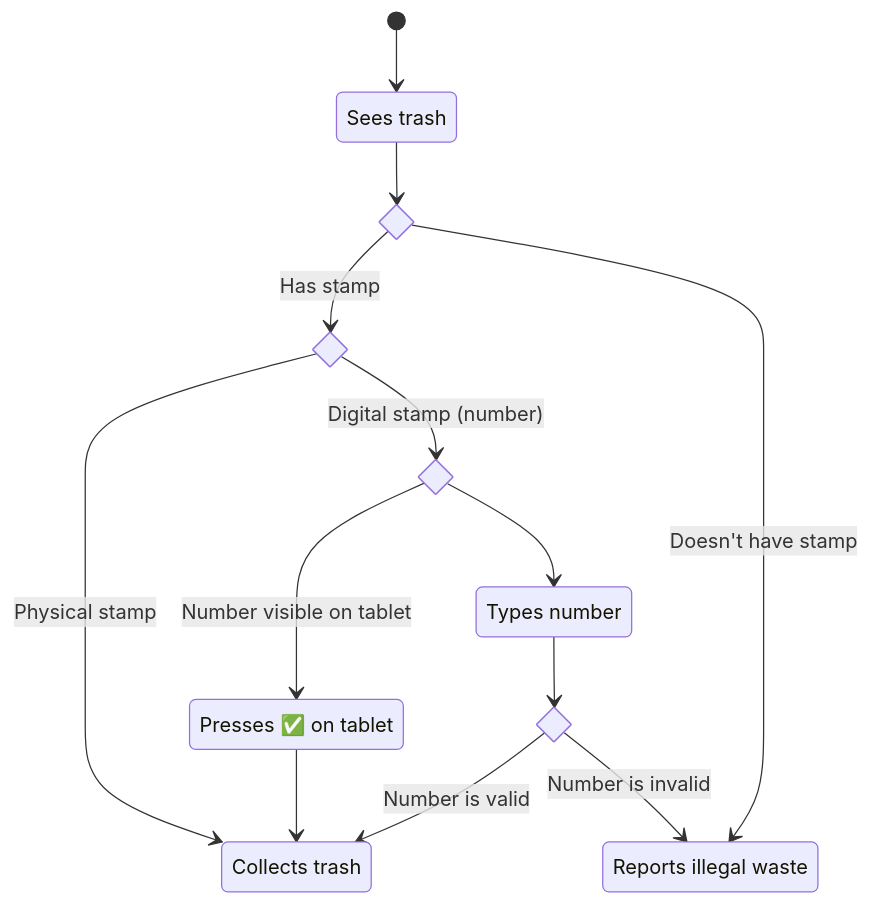
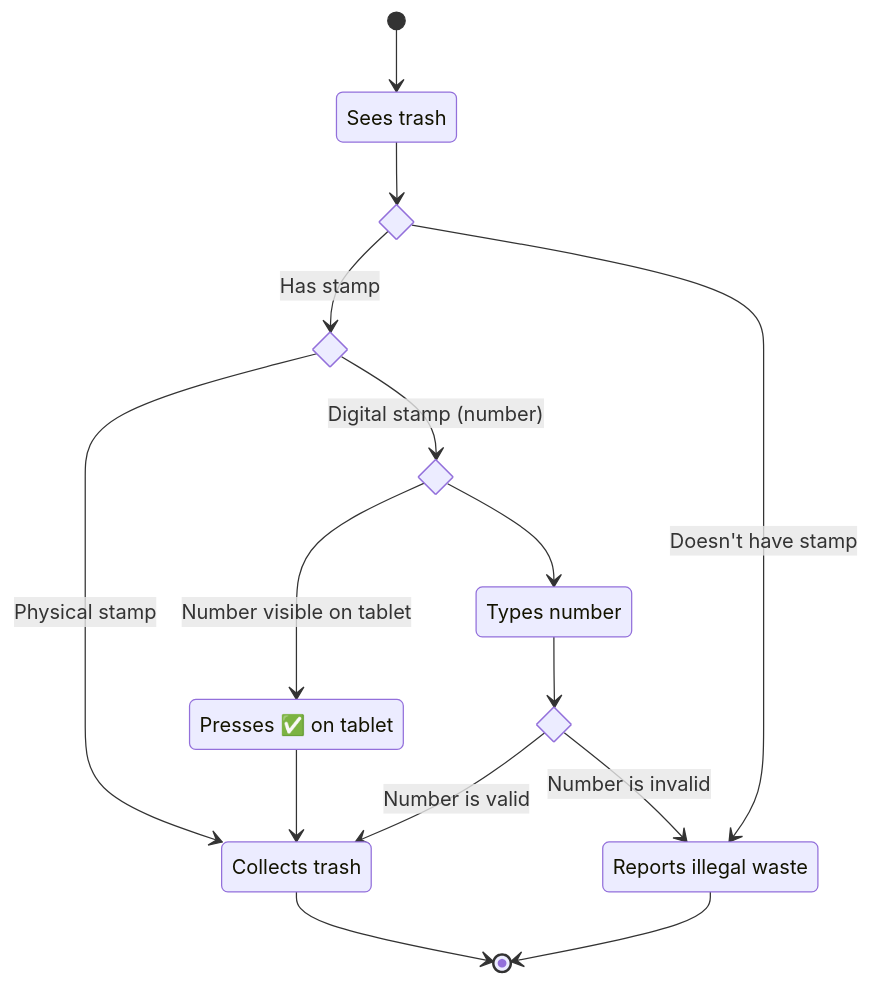
The third of 4 diagrams in README.md (Ubax/stellar-trash), drawn with Mermaid before and after one commit. The commit also changed other lines of this file, not shown here.

Commit message:
chore: Updates diagrams

````diff
--- a/README.md
+++ b/README.md
@@ -72,26 +72,28 @@
 ```mermaid
 stateDiagram-v2
     state stamp <<choice>>
     state method <<choice>>
     state prompt <<choice>>
     state valid <<choice>>
     
     SeesTrash: Sees trash
     Reports: Reports illegal waste
     Collects: Collects trash
     SelectsTick: Presses ✅ on tablet
     TypesNumber: Types number
     
     [*] --> SeesTrash
     SeesTrash --> stamp
     stamp --> method: Has stamp
     method --> Collects: Physical stamp
     method --> prompt: Digital stamp (number)
     prompt --> SelectsTick: Number visible on tablet
     SelectsTick --> Collects
     prompt --> TypesNumber
     TypesNumber --> valid
     valid --> Collects: Number is valid
     valid --> Reports: Number is invalid
     stamp --> Reports: Doesn't have stamp
+    Collects --> [*]
+    Reports --> [*]
 ```
````
